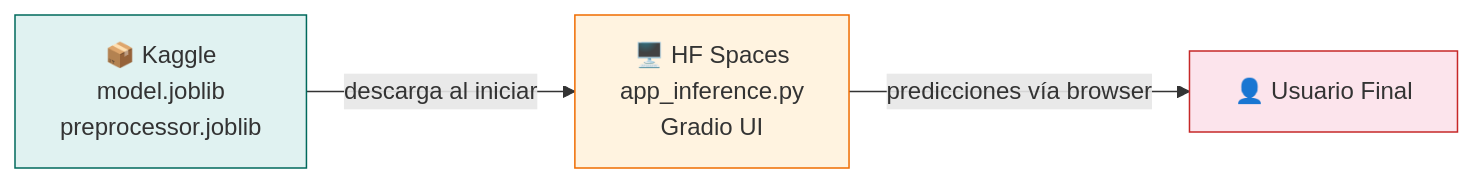
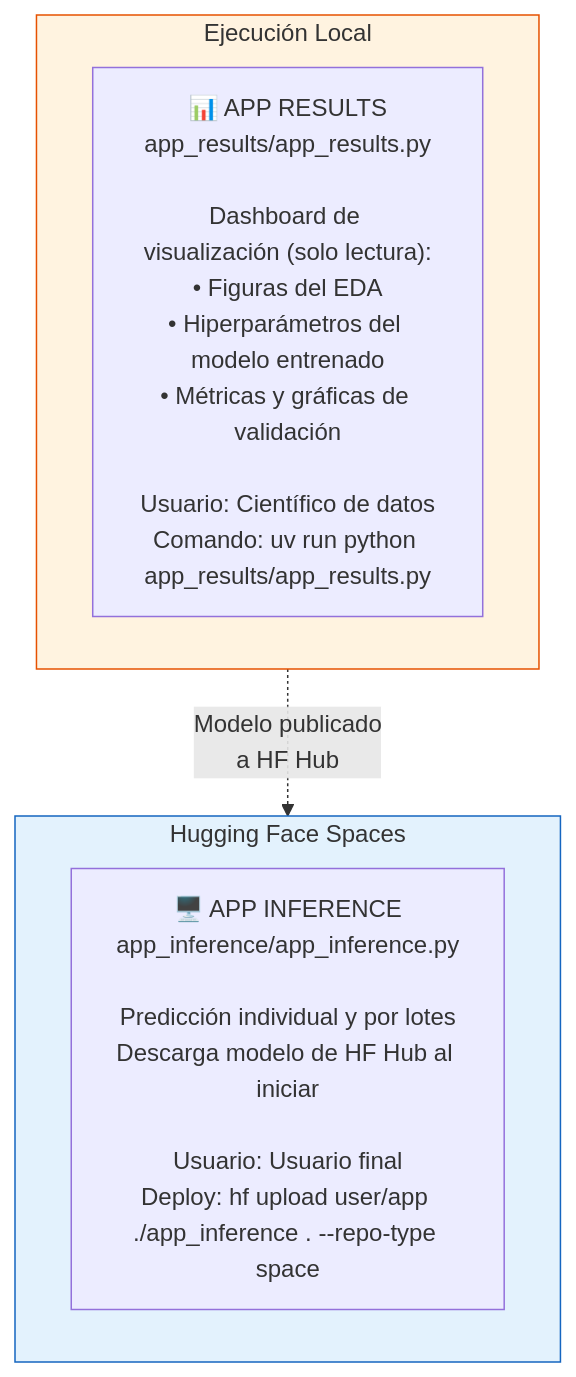
One commit to gusdelact/kiropowerdatascienceassistant changed the fourth of 4 diagrams in ARQUITECTURA.md. Above: the diagram before and after it, drawn with Mermaid. The commit also changed other lines of this file and 3 other files, not shown here.

````diff
--- a/ARQUITECTURA.md
+++ b/ARQUITECTURA.md
@@ -244,9 +165,15 @@
 ```mermaid
-flowchart LR
-    K["📦 Kaggle\nmodel.joblib\npreprocessor.joblib"] -->|"descarga al iniciar"| HF["🖥️ HF Spaces\napp_inference.py\nGradio UI"]
-    HF -->|"predicciones vía browser"| U["👤 Usuario Final"]
+flowchart TB
+    subgraph LOCAL["Ejecución Local"]
+        T["📊 APP RESULTS\napp_results/app_results.py\n\nDashboard de visualización (solo lectura):\n• Figuras del EDA\n• Hiperparámetros del modelo entrenado\n• Métricas y gráficas de validación\n\nUsuario: Científico de datos\nComando: uv run python app_results/app_results.py"]
+    end
 
-    style K fill:#e0f2f1,stroke:#00695c
-    style HF fill:#fff3e0,stroke:#ef6c00
-    style U fill:#fce4ec,stroke:#c62828
+    subgraph CLOUD["Hugging Face Spaces"]
+        I["🖥️ APP INFERENCE\napp_inference/app_inference.py\n\nPredicción individual y por lotes\nDescarga modelo de HF Hub al iniciar\n\nUsuario: Usuario final\nDeploy: hf upload user/app ./app_inference . --repo-type space"]
+    end
+
+    LOCAL -.->|"Modelo publicado\na HF Hub"| CLOUD
+
+    style LOCAL fill:#fff3e0,stroke:#e65100
+    style CLOUD fill:#e3f2fd,stroke:#1565c0
 ```
````
